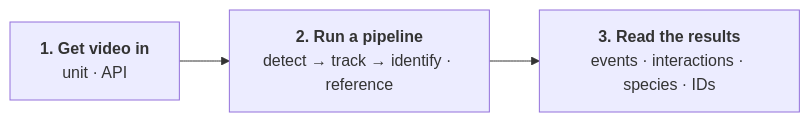
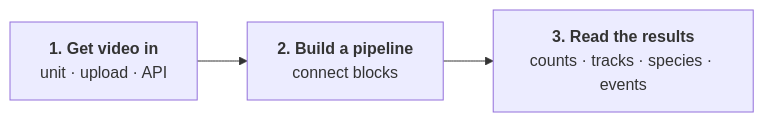
The diagram in docs/get-started.md (eai6/BeeMonitor), drawn with Mermaid before and after one commit. The commit also changed other lines of this file and 2 other files, not shown here.

First line of the commit message:
Docs: pipelines are analyses built from blocks

````diff
--- a/docs/get-started.md
+++ b/docs/get-started.md
@@ -6,5 +6,5 @@
 ```mermaid
 flowchart LR
-  S["<b>1. Get video in</b><br/>unit · API"] --> P["<b>2. Run a pipeline</b><br/>detect → track → identify · reference"]
-  P --> R["<b>3. Read the results</b><br/>events · interactions · species · IDs"]
+  S["<b>1. Get video in</b><br/>unit · upload · API"] --> P["<b>2. Build a pipeline</b><br/>connect blocks"]
+  P --> R["<b>3. Read the results</b><br/>counts · tracks · species · events"]
 ```
````
